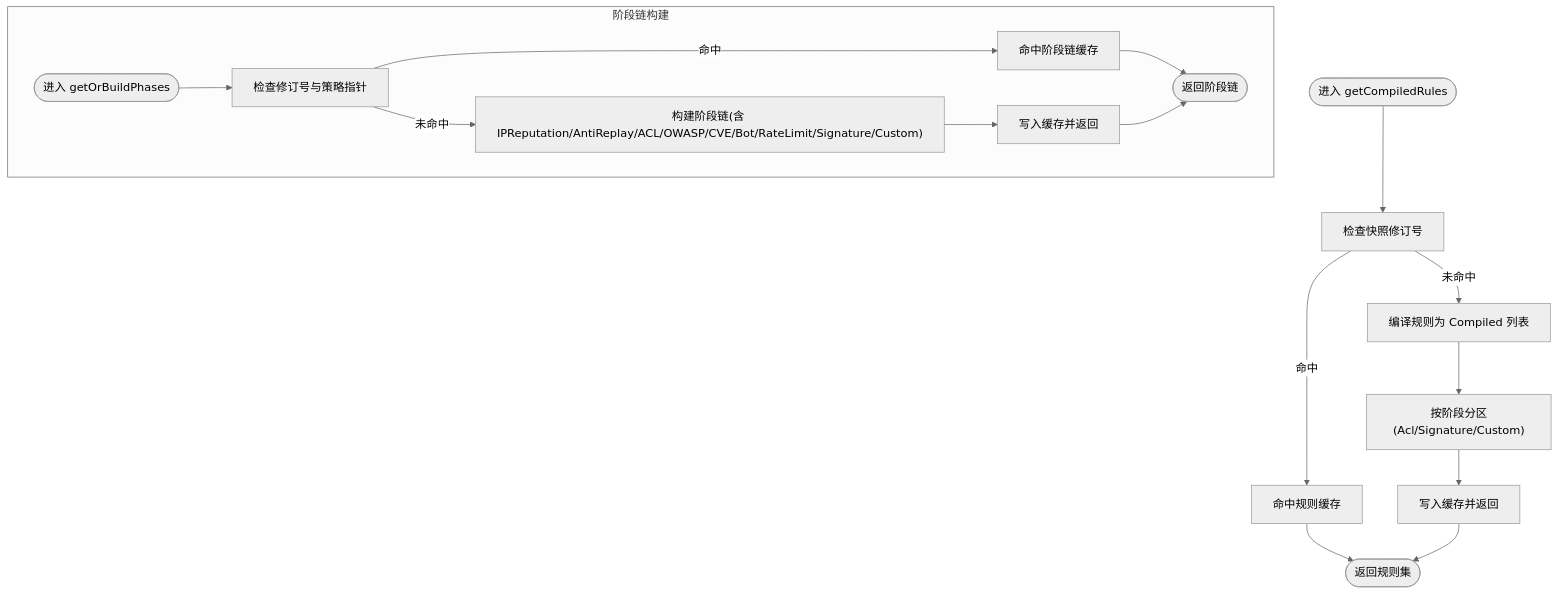
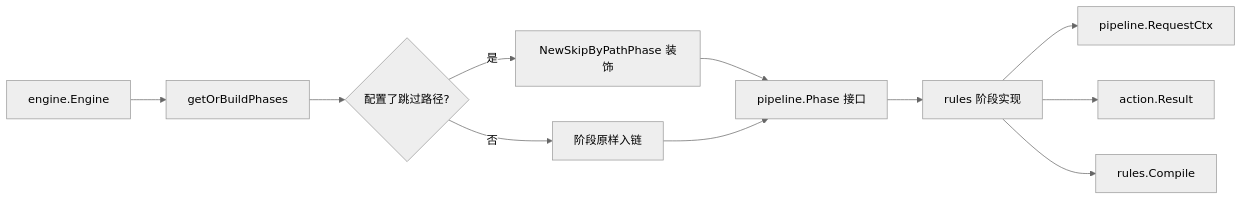
Before and after one commit to x01n/My-OpenWaf: the fifth of 8 diagrams in docs/系统架构设计/组件关系图.md, drawn with Mermaid (neutral theme). The commit also changed other lines of this file and 622 other files, not shown here.

````diff
--- a/docs/系统架构设计/组件关系图.md
+++ b/docs/系统架构设计/组件关系图.md
@@ -293,18 +386,13 @@
 ```mermaid
-flowchart TD
-Start(["进入 getCompiledRules"]) --> CheckRev["检查快照修订号"]
-CheckRev --> |命中| HitCache["命中规则缓存"]
-CheckRev --> |未命中| Compile["编译规则为 Compiled 列表"]
-Compile --> Partition["按阶段分区(Acl/Signature/Custom)"]
-Partition --> SaveCache["写入缓存并返回"]
-HitCache --> End(["返回规则集"])
-SaveCache --> End
-subgraph "阶段链构建"
-BStart(["进入 getOrBuildPhases"]) --> BCheck["检查修订号与策略指针"]
-BCheck --> |命中| BHit["命中阶段链缓存"]
-BCheck --> |未命中| BBuild["构建阶段链(含 IPReputation/AntiReplay/ACL/OWASP/CVE/Bot/RateLimit/Signature/Custom)"]
-BBuild --> BSave["写入缓存并返回"]
-BHit --> BEnd(["返回阶段链"])
-BSave --> BEnd
-end
+flowchart LR
+  E["engine.Engine"] --> B["getOrBuildPhases"]
+  B --> D{"配置了跳过路径?"}
+  D --> |是| W["NewSkipByPathPhase 装饰"]
+  D --> |否| P["阶段原样入链"]
+  W --> CH["pipeline.Phase 接口"]
+  P --> CH
+  CH --> R1["rules 阶段实现"]
+  R1 --> CTX["pipeline.RequestCtx"]
+  R1 --> ACT["action.Result"]
+  R1 --> CMP["rules.Compile"]
 ```
````
